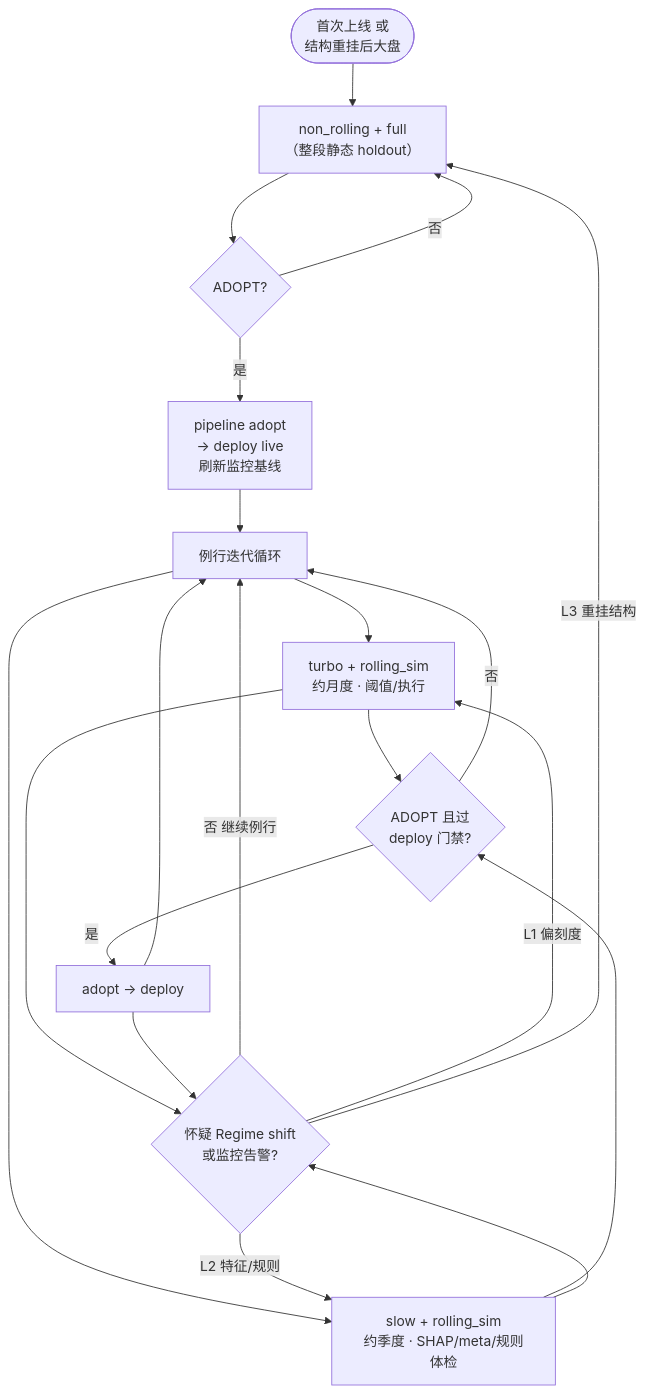
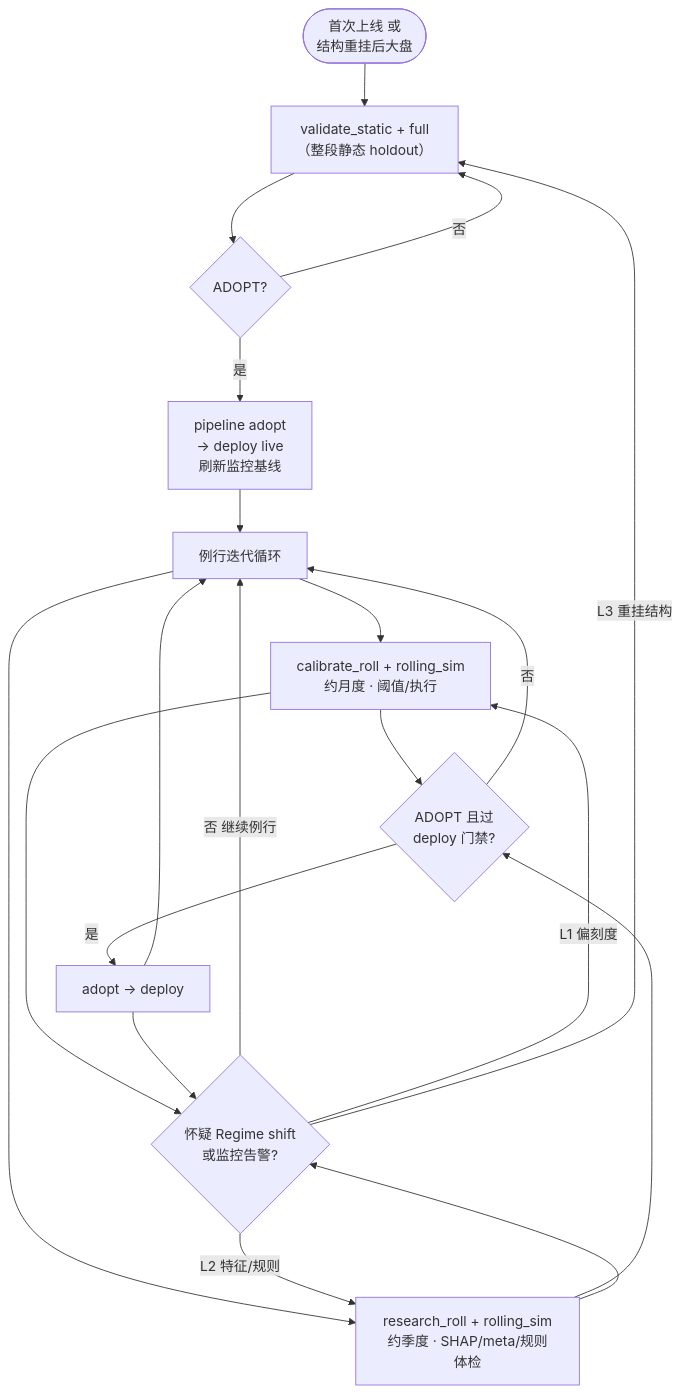
One commit to SnYang096/ml-trading-bot changed the fourth of 4 diagrams in README_CN.md. Above: the diagram before and after it, drawn with Mermaid. The commit also changed other lines of this file and 62 other files, not shown here.

````diff
--- a/README_CN.md
+++ b/README_CN.md
@@ -444,26 +444,26 @@
 ```mermaid
 flowchart TB
   start([首次上线 或\n结构重挂后大盘])
 
-  start --> nr["non_rolling + full\n（整段静态 holdout）"]
+  start --> nr["validate_static + full\n（整段静态 holdout）"]
   nr --> c1{ADOPT?}
   c1 -->|否| nr
   c1 -->|是| ad1["pipeline adopt\n→ deploy live\n刷新监控基线"]
   ad1 --> routine[例行迭代循环]
 
-  routine --> turbo["turbo + rolling_sim\n约月度 · 阈值/执行"]
-  routine --> slow["slow + rolling_sim\n约季度 · SHAP/meta/规则体检"]
+  routine --> turbo["calibrate_roll + rolling_sim\n约月度 · 阈值/执行"]
+  routine --> slow["research_roll + rolling_sim\n约季度 · SHAP/meta/规则体检"]
   turbo --> gate{ADOPT 且过\ndeploy 门禁?}
   slow --> gate
   gate -->|是| ad2["adopt → deploy"]
   gate -->|否| routine
   ad2 --> routine
 
   turbo --> mon{怀疑 Regime shift\n或监控告警?}
   slow --> mon
   ad2 --> mon
   mon -->|否 继续例行| routine
   mon -->|L1 偏刻度| turbo
   mon -->|L2 特征/规则| slow
   mon -->|L3 重挂结构| nr
 ```
````
